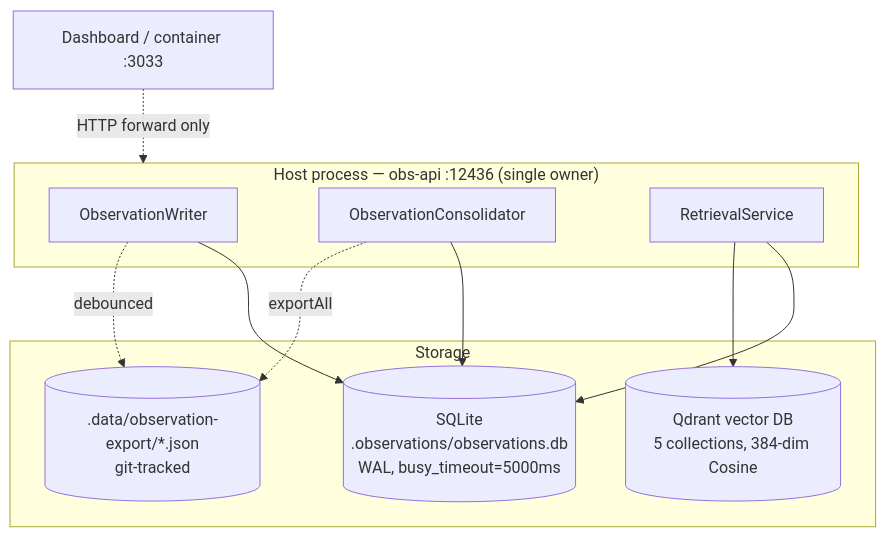
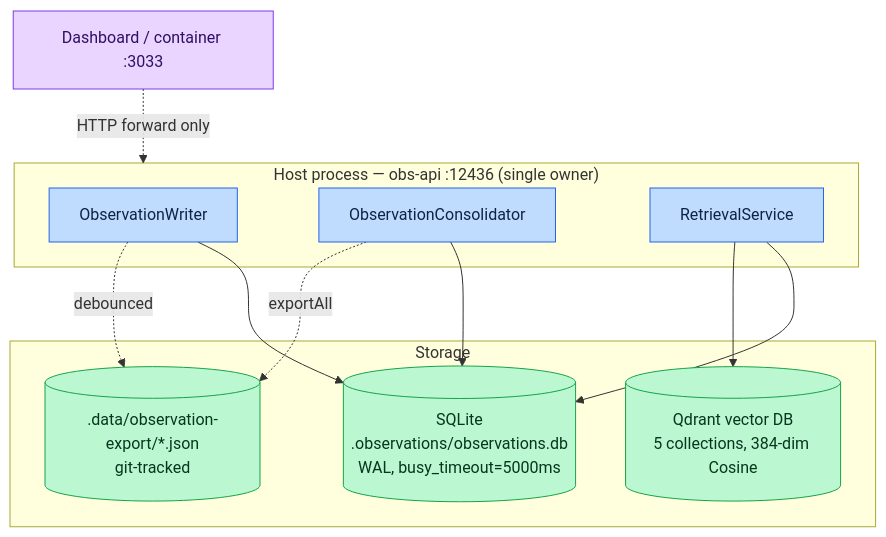
Before and after one commit to ritwik-ghosh09/Agent-Agnostic-Observational-Memory: the fourth of 9 diagrams in Observational_Memory.md, drawn with Mermaid. The commit also changed other lines of this file and 2 other files, not shown here.

````diff
--- a/Observational_Memory.md
+++ b/Observational_Memory.md
@@ -205,21 +228,28 @@
 ```mermaid
 graph TD
     subgraph Host["Host process — obs-api :12436 (single owner)"]
         W["ObservationWriter"]
         C["ObservationConsolidator"]
         R["RetrievalService"]
     end
     subgraph Stores["Storage"]
         SQL[("SQLite<br/>.observations/observations.db<br/>WAL, busy_timeout=5000ms")]
         QD[("Qdrant vector DB<br/>5 collections, 384-dim Cosine")]
         JSON[(".data/observation-export/*.json<br/>git-tracked")]
     end
     W --> SQL
     C --> SQL
     R --> SQL
     R --> QD
     W -.->|"debounced"| JSON
     C -.->|"exportAll"| JSON
 
     Dash["Dashboard / container :3033"] -.->|"HTTP forward only"| Host
+
+    classDef compute fill:#bfdbfe,stroke:#2563eb,stroke-width:1px,color:#0b2447;
+    classDef store fill:#bbf7d0,stroke:#16a34a,stroke-width:1px,color:#06371d;
+    classDef output fill:#e9d5ff,stroke:#7c3aed,stroke-width:1px,color:#2e1065;
+    class W,C,R compute;
+    class SQL,QD,JSON store;
+    class Dash output;
 ```
````
